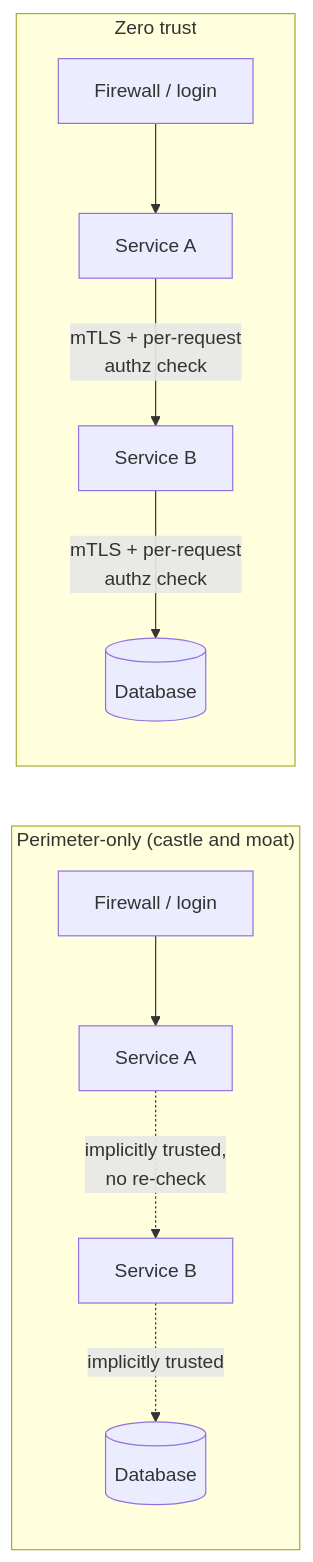
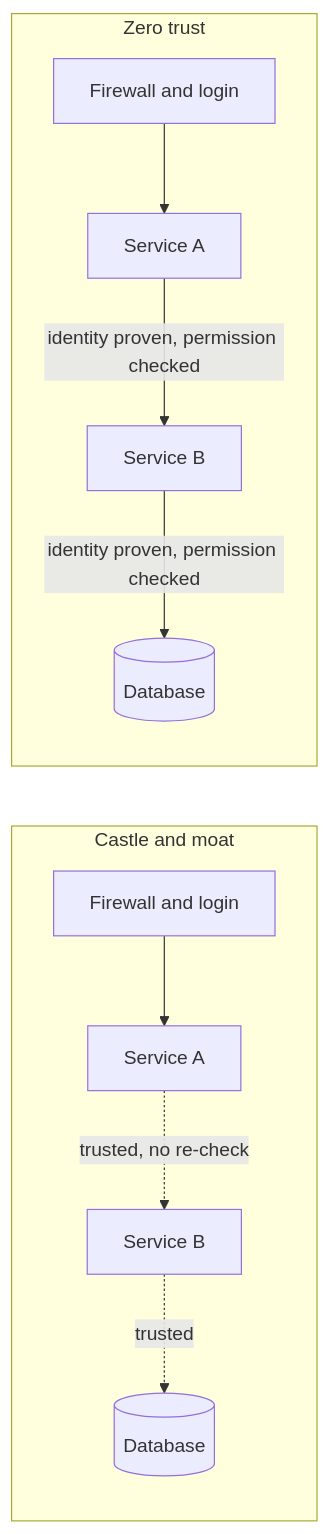
Before and after one commit to francoandreDev/knowledge: the third of 3 diagrams in src/content/security/defense-depth/L2-concept.mdx, drawn with Mermaid. The commit also changed other lines of this file and 3 other files, not shown here.

````diff
--- a/src/content/security/defense-depth/L2-concept.mdx
+++ b/src/content/security/defense-depth/L2-concept.mdx
@@ -115,15 +136,15 @@
 ```mermaid
 flowchart LR
-    subgraph Perimeter-only["Perimeter-only (castle and moat)"]
+    subgraph P["Castle and moat"]
         direction TB
-        FW1[Firewall / login] --> S1[Service A]
-        S1 -.->|implicitly trusted,\nno re-check| S2[Service B]
-        S2 -.->|implicitly trusted| S3[(Database)]
+        FW1[Firewall and login] --> S1[Service A]
+        S1 -. "trusted, no re-check" .-> S2[Service B]
+        S2 -. "trusted" .-> D1[(Database)]
     end
-    subgraph ZeroTrust["Zero trust"]
+    subgraph Z["Zero trust"]
         direction TB
-        FW2[Firewall / login] --> T1[Service A]
-        T1 -->|mTLS + per-request\nauthz check| T2[Service B]
-        T2 -->|mTLS + per-request\nauthz check| T3[(Database)]
+        FW2[Firewall and login] --> T1[Service A]
+        T1 -- "identity proven, permission checked" --> T2[Service B]
+        T2 -- "identity proven, permission checked" --> D2[(Database)]
     end
 ```
````
